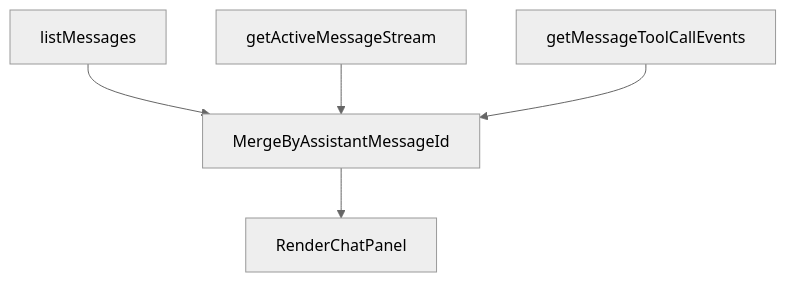
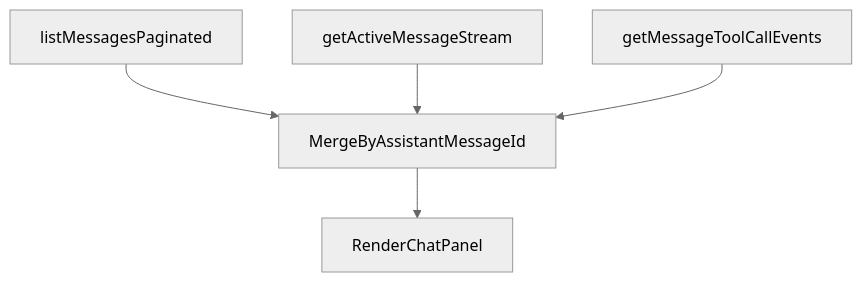
One commit to EricTsai83/systify changed the second of 3 diagrams in docs/streaming-reply-optimization-system-design.md. Above: the diagram before and after it, drawn with Mermaid (neutral theme). The commit also changed other lines of this file and 6 other files, not shown here.

````diff
--- a/docs/streaming-reply-optimization-system-design.md
+++ b/docs/streaming-reply-optimization-system-design.md
@@ -126,13 +126,13 @@
 ```mermaid
 flowchart TD
-  historyQuery[listMessages]
+  historyQuery[listMessagesPaginated]
   streamQuery[getActiveMessageStream]
   toolCallQuery[getMessageToolCallEvents]
   mergeUi[MergeByAssistantMessageId]
   chatPanel[RenderChatPanel]
 
   historyQuery --> mergeUi
   streamQuery --> mergeUi
   toolCallQuery --> mergeUi
   mergeUi --> chatPanel
 ```
````
